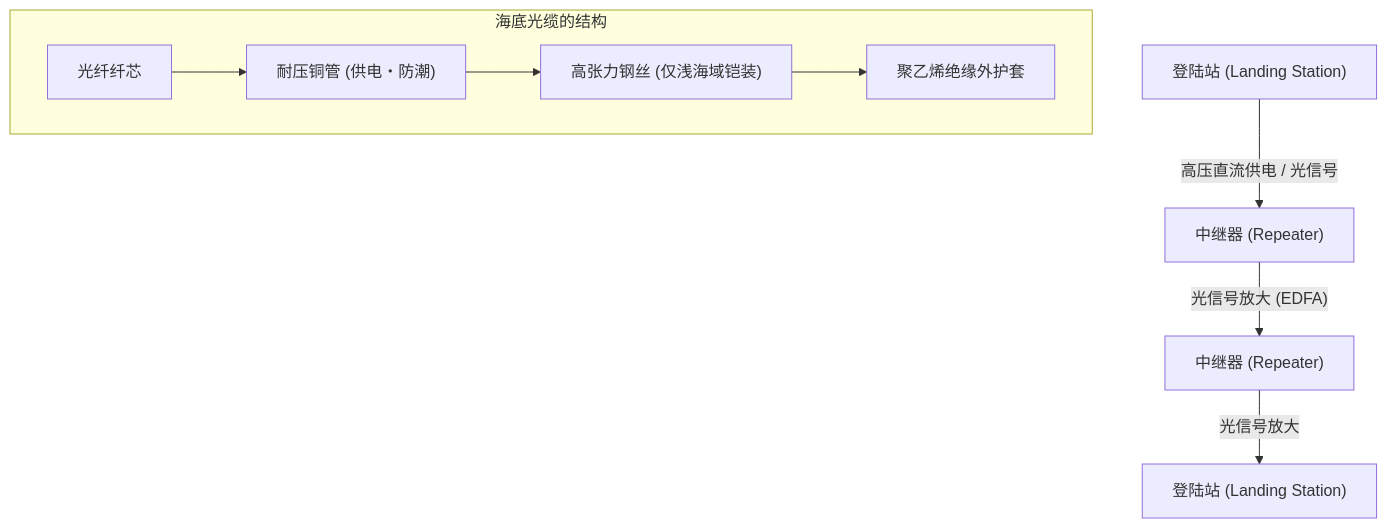
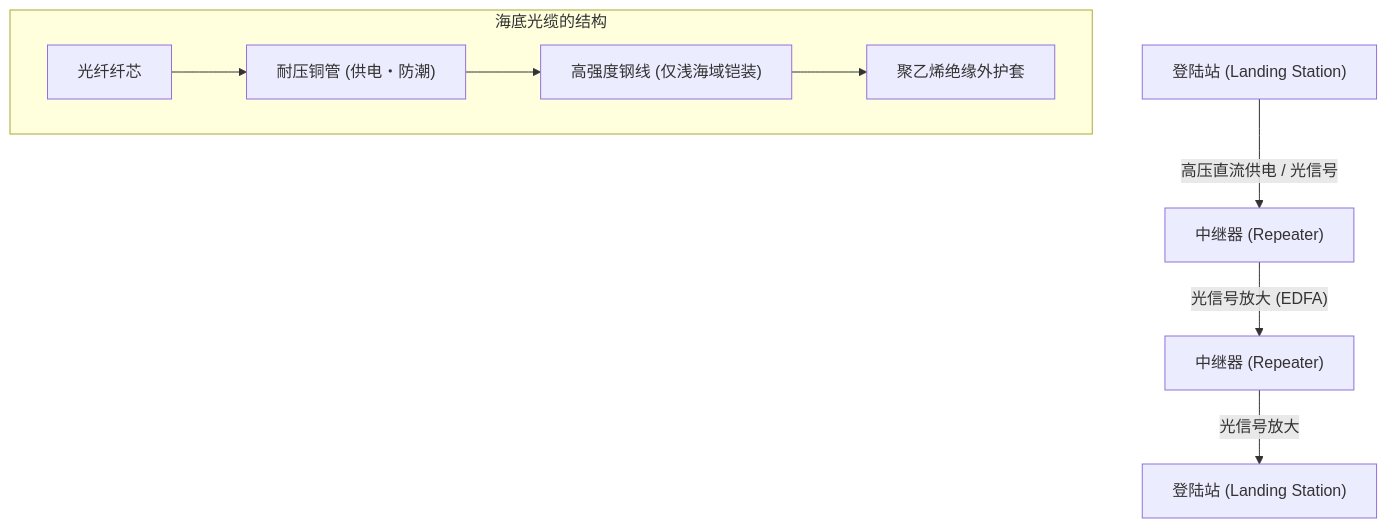
One commit to kenjinote/blog changed diagram 11 of 18 in content/post/how-the-internet-works-comprehensive-guide/index.zh-cn.md. Above: the diagram before and after it, drawn with Mermaid. The commit also changed other lines of this file, not shown here.

````diff
--- a/content/post/how-the-internet-works-comprehensive-guide/index.zh-cn.md
+++ b/content/post/how-the-internet-works-comprehensive-guide/index.zh-cn.md
@@ -676,16 +723,16 @@
 ```mermaid
 graph TD
     A["登陆站 (Landing Station)"] -- "高压直流供电 / 光信号" --> B["中继器 (Repeater)"]
     B -- "光信号放大 (EDFA)" --> C["中继器 (Repeater)"]
     C -- "光信号放大" --> D["登陆站 (Landing Station)"]
     
     subgraph 海底光缆的结构
         E["光纤纤芯"]
         F["耐压铜管 (供电・防潮)"]
-        G["高张力钢丝 (仅浅海域铠装)"]
+        G["高强度钢线 (仅浅海域铠装)"]
         H["聚乙烯绝缘外护套"]
         E --> F
         F --> G
         G --> H
     end
 ```
````
